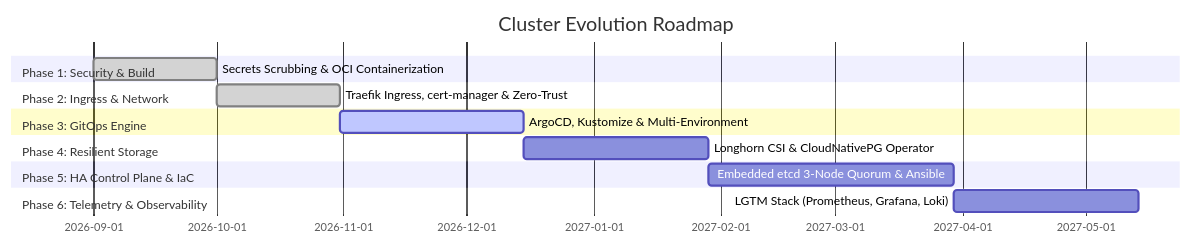
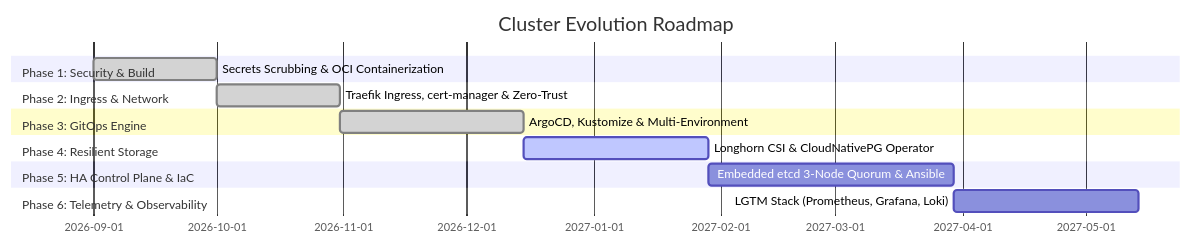
One commit to Ri4ards2006/full-stack-cluster changed the diagram in ROADMAP.md. Above: the diagram before and after it, drawn with Mermaid. The commit also changed other lines of this file and 1 other file, not shown here.

Commit message:
docs(gitops): add argocd operations runbook and update roadmap milestones

````diff
--- a/ROADMAP.md
+++ b/ROADMAP.md
@@ -7,17 +7,17 @@
 ```mermaid
 gantt
     title Cluster Evolution Roadmap
     dateFormat  YYYY-MM-DD
     section Phase 1: Security & Build
     Secrets Scrubbing & OCI Containerization :done, p1, 2026-09-01, 30d
     section Phase 2: Ingress & Network
     Traefik Ingress, cert-manager & Zero-Trust :done, p2, after p1, 30d
     section Phase 3: GitOps Engine
-    ArgoCD, Kustomize & Multi-Environment   :active, p3, after p2, 45d
+    ArgoCD, Kustomize & Multi-Environment   :done, p3, after p2, 45d
     section Phase 4: Resilient Storage
-    Longhorn CSI & CloudNativePG Operator    :p4, after p3, 45d
+    Longhorn CSI & CloudNativePG Operator    :active, p4, after p3, 45d
     section Phase 5: HA Control Plane & IaC
     Embedded etcd 3-Node Quorum & Ansible    :p5, after p4, 60d
     section Phase 6: Telemetry & Observability
     LGTM Stack (Prometheus, Grafana, Loki)   :p6, after p5, 45d
 ```
````
